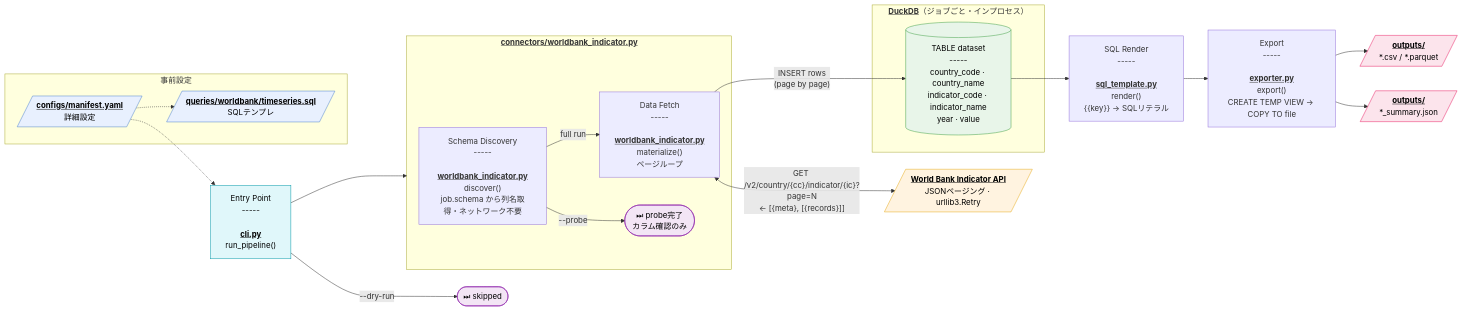
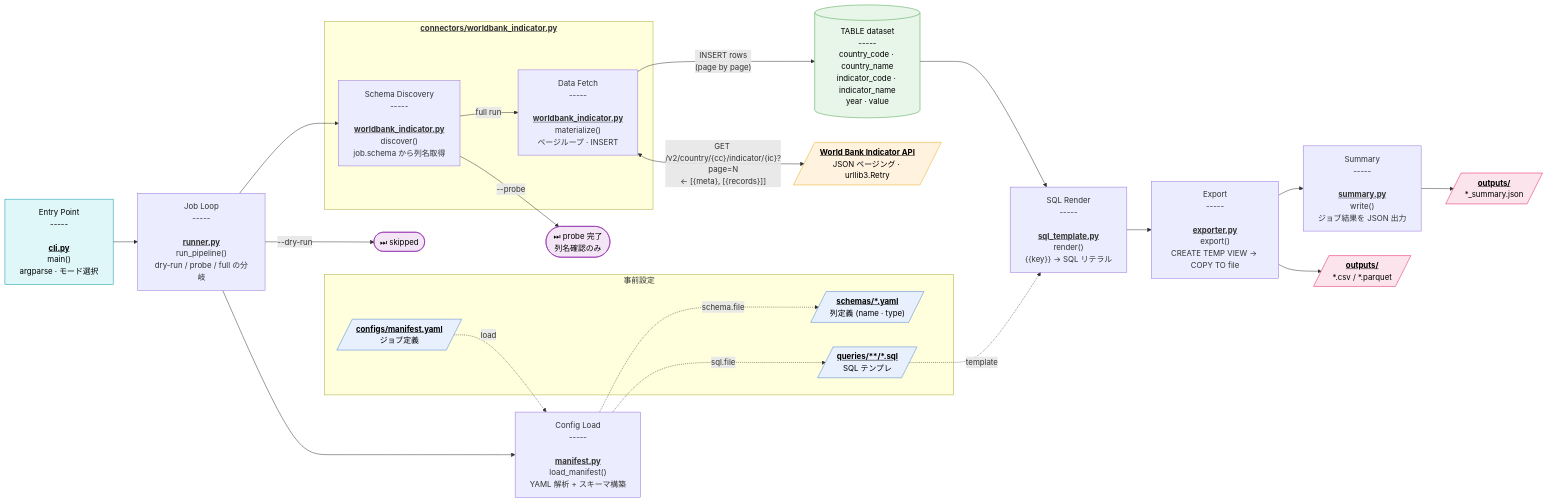
The diagram in README.md (azu-azu/api-bulk-downloader), drawn with Mermaid before and after one commit.

Commit message:
Expand data flow diagram with pipeline stages
Revise the Mermaid flowchart to show the full pipeline sequence:
CLI entry, manifest loading, job loop decisions, connector discovery and
materialization, DuckDB staging, SQL rendering, export, and summary
writing. Add explicit manifest/schema/SQL inputs, clarify dry-run/probe
branches, and split out summary generation to make the execution flow
and artifacts easier to follow.

````diff
--- a/README.md
+++ b/README.md
@@ -165,55 +165,74 @@
 ```mermaid
 flowchart LR
-    CLI["Entry Point<br>-----<br><br><u><b>cli.py</b></u><br>run_pipeline()"]
+    CLI["Entry Point<br>-----<br><br><u><b>cli.py</b></u><br>main()<br>argparse · モード選択"]
+
+    RUN["Job Loop<br>-----<br><br><u><b>runner.py</b></u><br>run_pipeline()<br>dry-run / probe / full の分岐"]
+
+    MAN["Config Load<br>-----<br><br><u><b>manifest.py</b></u><br>load_manifest()<br>YAML 解析 + スキーマ構築"]
 
     %% inputs (auxiliary)
     subgraph PRE ["事前設定"]
-        MANIFEST[/"<u><b>configs/manifest.yaml</b></u><br>詳細設定"/]
-        SQL_FILE[/"<u><b>queries/worldbank/timeseries.sql</b></u><br>SQLテンプレ"/]
+        MF[/"<u><b>configs/manifest.yaml</b></u><br>ジョブ定義"/]
+        SCH[/"<u><b>schemas/*.yaml</b></u><br>列定義 (name · type)"/]
+        SQL_FILE[/"<u><b>queries/**/*.sql</b></u><br>SQL テンプレ"/]
     end
-    %% auxiliary (dashed) to show "inputs"
-    MANIFEST -.-> CLI
-    MANIFEST -.-> SQL_FILE
 
-
-    %% runtime flow
-    CLI -->|"--dry-run"| SKIP(["⏭ skipped"])
-    CLI --> CONN
+    SKIP(["⏭ skipped"])
 
     subgraph CONN ["<u><b>connectors/worldbank_indicator.py</b></u>"]
-        DISC["Schema Discovery<br>-----<br><br><u><b>worldbank_indicator.py</b></u><br>discover()<br>job.schema から列名取得・ネットワーク不要"]
-        MAT["Data Fetch<br>-----<br><br><u><b>worldbank_indicator.py</b></u><br>materialize()<br>ページループ"]
-        DISC -->|"--probe"| PROBED(["⏭ probe完了<br>カラム確認のみ"])
-        DISC -->|full run| MAT
+        DISC["Schema Discovery<br>-----<br><br><u><b>worldbank_indicator.py</b></u><br>discover()<br>job.schema から列名取得"]
+        MAT["Data Fetch<br>-----<br><br><u><b>worldbank_indicator.py</b></u><br>materialize()<br>ページループ · INSERT"]
     end
 
-    MAT <-->|"GET /v2/country/{cc}/indicator/{ic}?page=N<br>← [{meta}, [{records}]]"| WB[/"<u><b>World Bank Indicator API</b></u><br>JSONページング · urllib3.Retry"/]
+    PROBED(["⏭ probe 完了<br>列名確認のみ"])
 
+    WB[/"<u><b>World Bank Indicator API</b></u><br>JSON ページング · urllib3.Retry"/]
+
+    DS[("TABLE dataset<br>-----<br>country_code · country_name<br>indicator_code · indicator_name<br>year · value")]
+
+    RENDER["SQL Render<br>-----<br><br><u><b>sql_template.py</b></u><br>render()<br>{{key}} → SQL リテラル"]
+
+    EXPORT["Export<br>-----<br><br><u><b>exporter.py</b></u><br>export()<br>CREATE TEMP VIEW → COPY TO file"]
+
+    SUM["Summary<br>-----<br><br><u><b>summary.py</b></u><br>write()<br>ジョブ結果を JSON 出力"]
+
+    OUT_DATA[/"<u><b>outputs/</b></u><br>*.csv / *.parquet"/]
+    OUT_SUM[/"<u><b>outputs/</b></u><br>*_summary.json"/]
+
+    %% main flow
+    CLI --> RUN
+    RUN --> MAN
+    MF -.->|"load"| MAN
+    MAN -.->|"schema.file"| SCH
+    MAN -.->|"sql.file"| SQL_FILE
+
+    RUN -->|"--dry-run"| SKIP
+    RUN --> DISC
+
+    DISC -->|"--probe"| PROBED
+    DISC -->|"full run"| MAT
+
+    MAT <-->|"GET /v2/country/{cc}/indicator/{ic}?page=N<br>← [{meta}, [{records}]]"| WB
     MAT -->|"INSERT rows<br>(page by page)"| DS
 
-    subgraph DUCK ["<u><b>DuckDB</b></u>（ジョブごと・インプロセス）"]
-        DS[("TABLE dataset<br>-----<br>country_code · country_name<br>indicator_code · indicator_name<br>year · value")]
-    end
+    DS --> RENDER
+    SQL_FILE -.->|"template"| RENDER
+    RENDER --> EXPORT
+    EXPORT --> OUT_DATA
+    EXPORT --> SUM
+    SUM --> OUT_SUM
 
-    %% SQL render
-    DS --> RENDER["SQL Render<br>-----<br><br><u><b>sql_template.py</b></u><br>render()<br>{{key}} → SQLリテラル"]
-    RENDER --> EXPORT["Export<br>-----<br><br><u><b>exporter.py</b></u><br>export()<br>CREATE TEMP VIEW → COPY TO file"]
-
-    %% outputs
-    EXPORT --> OUT_DATA[/"<u><b>outputs/</b></u><br>*.csv / *.parquet"/]
-    EXPORT --> OUT_SUM[/"<u><b>outputs/</b></u><br>*_summary.json"/]
-
-    classDef entry   fill:#e0f7fa,stroke:#0097a7, color:#000
-    classDef file    fill:#e8f0fe,stroke:#4a7fcb, color:#000
-    classDef ext     fill:#fff3e0,stroke:#e6a817, color:#000
-    classDef db      fill:#e8f5e9,stroke:#43a047, color:#000
-    classDef term    fill:#f3e5f5,stroke:#8e24aa, color:#000
-    classDef out     fill:#fce4ec,stroke:#e91e63, color:#000
+    classDef entry fill:#e0f7fa,stroke:#0097a7,color:#000
+    classDef file  fill:#e8f0fe,stroke:#4a7fcb,color:#000
+    classDef ext   fill:#fff3e0,stroke:#e6a817,color:#000
+    classDef db    fill:#e8f5e9,stroke:#43a047,color:#000
+    classDef term  fill:#f3e5f5,stroke:#8e24aa,color:#000
+    classDef out   fill:#fce4ec,stroke:#e91e63,color:#000
 
     class CLI entry
-    class MANIFEST,SQL_FILE file
+    class MF,SCH,SQL_FILE file
     class WB ext
     class DS db
     class SKIP,PROBED term
     class OUT_DATA,OUT_SUM out
 ```
````
